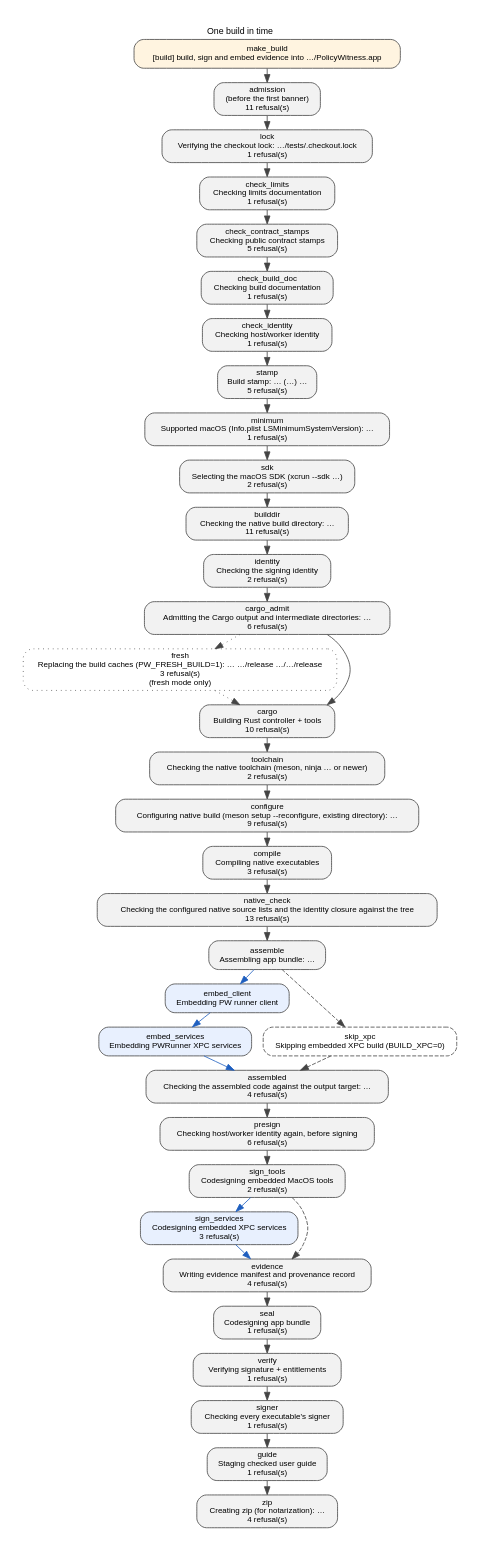
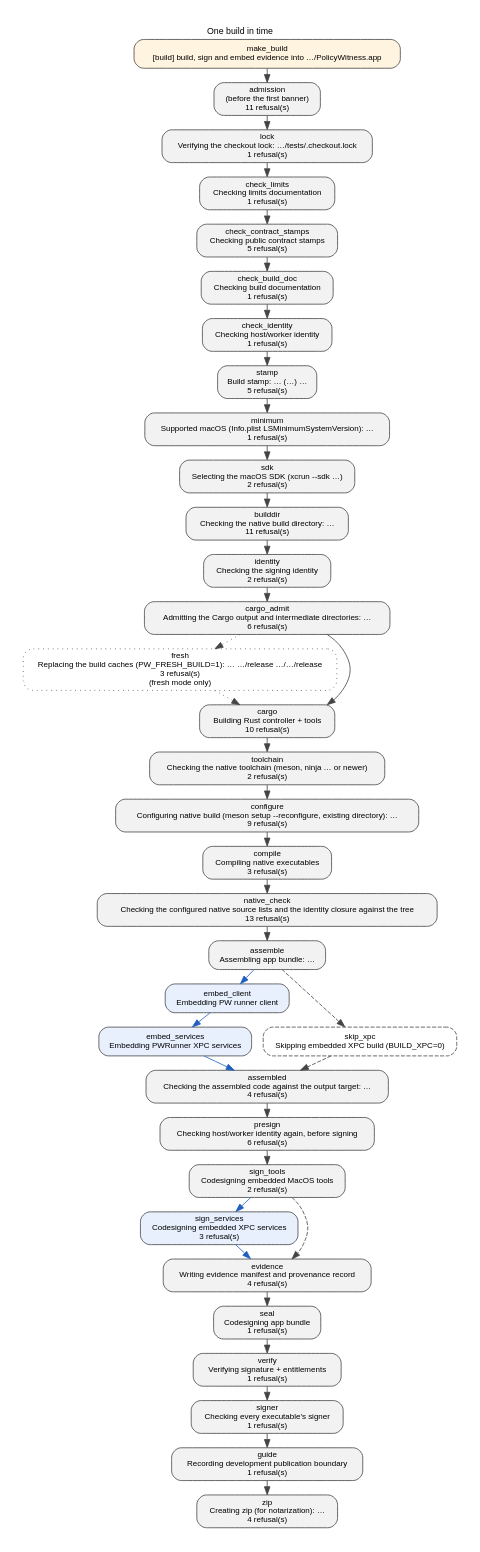
The diagram in docs/build-steps.dot (Protonk/PolicyWitness), drawn with Graphviz before and after one commit. The commit also changed 31 other files, not shown here.

First line of the commit message:
Separate frozen development guidance from strict publication freshness

```diff
--- a/docs/build-steps.dot
+++ b/docs/build-steps.dot
@@ -21,7 +21,7 @@
     configure [label="configure\nConfiguring native build (meson setup --reconfigure, existing directory): …\n9 refusal(s)", URL="BUILD.md#one-build-in-time", tooltip="configure: reads whether builddir/build.ninja exists, meson.build, meson.options and the two Meson options; a fresh setup also reads CFLAGS and the other flag variables, and the compilers Meson selected; writes builddir/ configuration; a fresh setup publishes builddir/pw-toolchain.json atomically from the selected compilers, SDK and Rust compiler; meson setup --reconfigure records the two options, recomputes the generated Swift context and runs the policy assertions"];
     compile [label="compile\nCompiling native executables\n3 refusal(s)", URL="BUILD.md#one-build-in-time", tooltip="compile: reads the native sources through builddir/; a changed option triggers regeneration, which runs the policy assertions first; Meson schedules at most two commands and both shipped Swift drivers use -j 1; writes builddir/ outputs and the Swift module cache under it"];
     native_check [label="native_check\nChecking the configured native source lists and the identity closure against the tree\n13 refusal(s)", URL="BUILD.md#one-build-in-time", tooltip="native_check: reads Meson's introspection of builddir/, Ninja's dependency log, the identity inputs, the stamp and the compilers the directory records, and every shipped output's container, architecture names and load commands; writes builddir/pw-toolchain.json extended with the Swift compiler a reused directory discovered when this build enabled the XPC pieces, atomically and without changing another field; the toolchain, option, Meson machine, output target and SDK observations into the build session"];
-    assemble [label="assemble\nAssembling app bundle: …", URL="BUILD.md#one-build-in-time", tooltip="assemble: reads Info.plist, the three Rust outputs, runner/augments/, dist/README.md and dist/AGENTS.md, all admitted before the first check; writes the two documents under DIST_DIR; removes the previous app, ZIP and guide; the stamped Info.plist, the three Rust executables and the augments under the new app"];
+    assemble [label="assemble\nAssembling app bundle: …", URL="BUILD.md#one-build-in-time", tooltip="assemble: reads Info.plist, the three Rust outputs, runner/augments/, dist/README.md and dist/AGENTS.md, all admitted before the first check; writes the two documents under DIST_DIR; removes the previous app and ZIP; preserves the frozen guide; the stamped Info.plist, the three Rust executables and the augments under the new app"];
     embed_client [label="embed_client\nEmbedding PW runner client", URL="BUILD.md#one-build-in-time", tooltip="embed_client: reads builddir/pw-runner-client; writes Contents/MacOS/pw-runner-client and its dSYM in inspection builds", fillcolor="#e8f0fe"];
     embed_services [label="embed_services\nEmbedding PWRunner XPC services", URL="BUILD.md#one-build-in-time", tooltip="embed_services: reads each service's Info.plist and builddir/ host, the common worker and validator; writes each service bundle: its stamped Info.plist, the host with its dSYM in inspection builds, two copies of the common worker and the validator", fillcolor="#e8f0fe"];
     skip_xpc [label="skip_xpc\nSkipping embedded XPC build (BUILD_XPC=0)", URL="BUILD.md#one-build-in-time", tooltip="skip_xpc: reads nothing; writes nothing", style="rounded,dashed", fillcolor="white"];
@@ -29,11 +29,11 @@
     presign [label="presign\nChecking host/worker identity again, before signing\n6 refusal(s)", URL="BUILD.md#one-build-in-time", tooltip="presign: reads the identity inputs and copies, the generated identity in tests/lib/contract.py and the built worker's --version report; recomputed public build contract compared with the value used for compilation; writes nothing"];
     sign_tools [label="sign_tools\nCodesigning embedded MacOS tools\n2 refusal(s)", URL="BUILD.md#one-build-in-time", tooltip="sign_tools: reads the copied top-level helpers; writes signatures on the top-level helpers"];
     sign_services [label="sign_services\nCodesigning embedded XPC services\n3 refusal(s)", URL="BUILD.md#one-build-in-time", tooltip="sign_services: reads each service's Entitlements.plist, the common unsigned worker and verified generated worker identity, and the assembled bundle; writes selected worker signature with service entitlements, unentitled worker and validator signatures without supplied entitlements, service-local worker-equipment.json from signed artifacts, then each service seal", fillcolor="#e8f0fe"];
-    evidence [label="evidence\nWriting evidence manifest and provenance record\n4 refusal(s)", URL="BUILD.md#one-build-in-time", tooltip="evidence: reads the signed bytes, entitlements and exported symbols of the helpers, services and augments; the build session; every shipped output's load commands, container, architecture names and signature display; the caller's requests and Cargo's effective deployment target and SDK, from the build session; writes Contents/Resources/Evidence/manifest.json, symbols.json and provenance.json, the manifest listing the other two; the record only after it passes its own validation"];
+    evidence [label="evidence\nWriting evidence manifest and provenance record\n4 refusal(s)", URL="BUILD.md#one-build-in-time", tooltip="evidence: reads the signed bytes, entitlements and exported symbols of the helpers, services and augments; the build session; every shipped output's load commands, container, architecture names and signature display; the caller's requests and Cargo's effective deployment target and SDK, from the build session; writes Contents/Resources/Evidence/manifest.json, symbols.json, provenance.json and publication.json; the manifest lists the other records; publication is withheld with the frozen guide revision and derived build contract"];
     seal [label="seal\nCodesigning app bundle\n1 refusal(s)", URL="BUILD.md#one-build-in-time", tooltip="seal: reads PolicyWitness.entitlements; writes the app seal over everything under Contents/"];
     verify [label="verify\nVerifying signature + entitlements\n1 refusal(s)", URL="BUILD.md#one-build-in-time", tooltip="verify: reads the sealed app; writes nothing"];
     signer [label="signer\nChecking every executable's signer\n1 refusal(s)", URL="BUILD.md#one-build-in-time", tooltip="signer: reads every regular file under the app's and each service's Contents/MacOS, and the app and service seals, as codesign displays them; writes nothing"];
-    guide [label="guide\nStaging checked user guide\n1 refusal(s)", URL="BUILD.md#one-build-in-time", tooltip="guide: reads docs/PolicyWitness.md and its inputs; writes PolicyWitness.md under DIST_DIR"];
+    guide [label="guide\nRecording development publication boundary\n1 refusal(s)", URL="BUILD.md#one-build-in-time", tooltip="guide: reads docs/PolicyWitness.md and its inputs; writes publication.json under DIST_DIR; publication withheld, frozen guide unchanged"];
     zip [label="zip\nCreating zip (for notarization): …\n4 refusal(s)", URL="BUILD.md#one-build-in-time", tooltip="zip: reads the sealed app, the variant's required executable paths and any additional code found by header checked against the output target again before the ZIP is written; only debug-only dSYM companions are excluded; writes PolicyWitness.zip under DIST_DIR"];
     make_build -> admission;
     admission -> lock;
```
